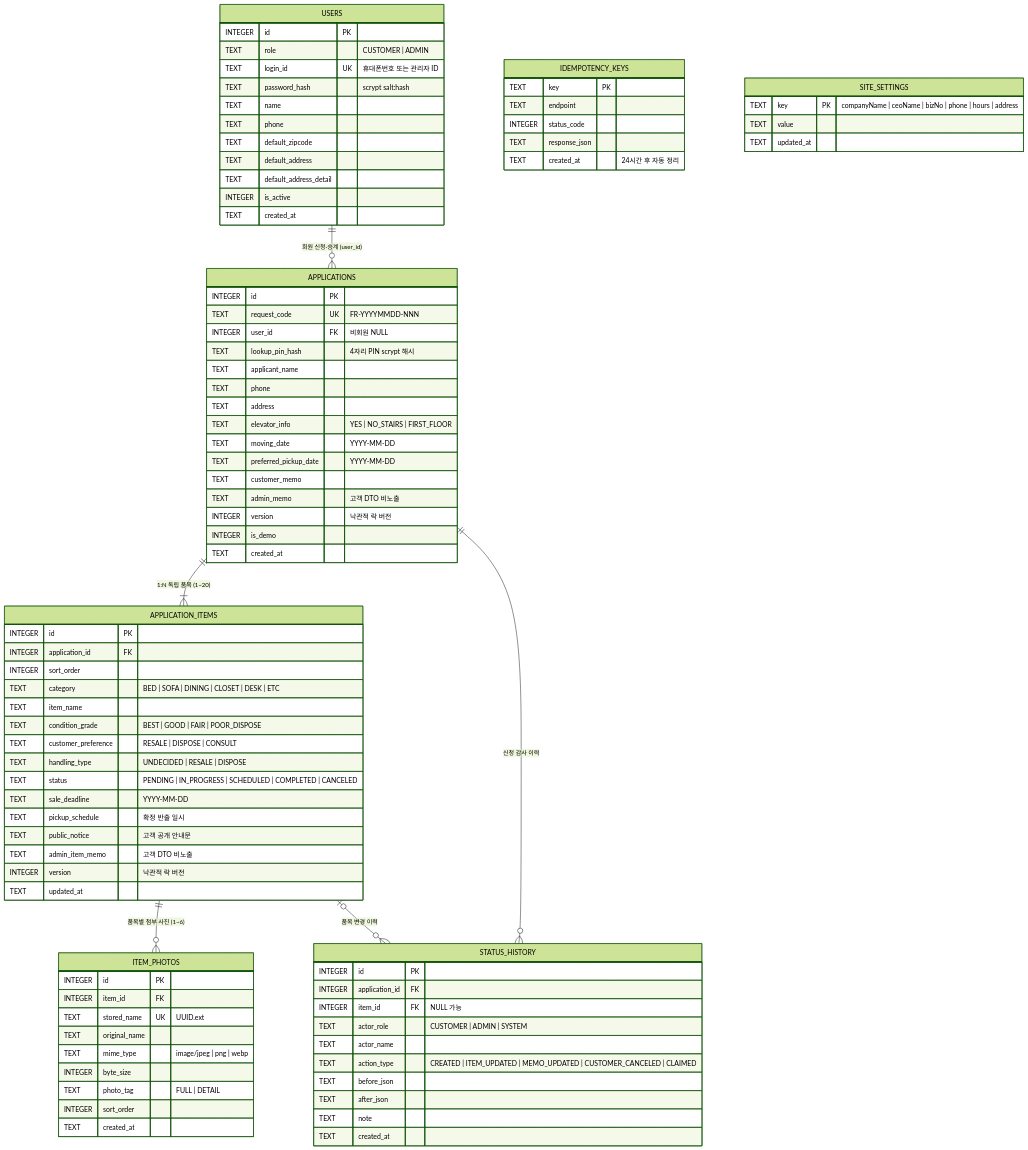
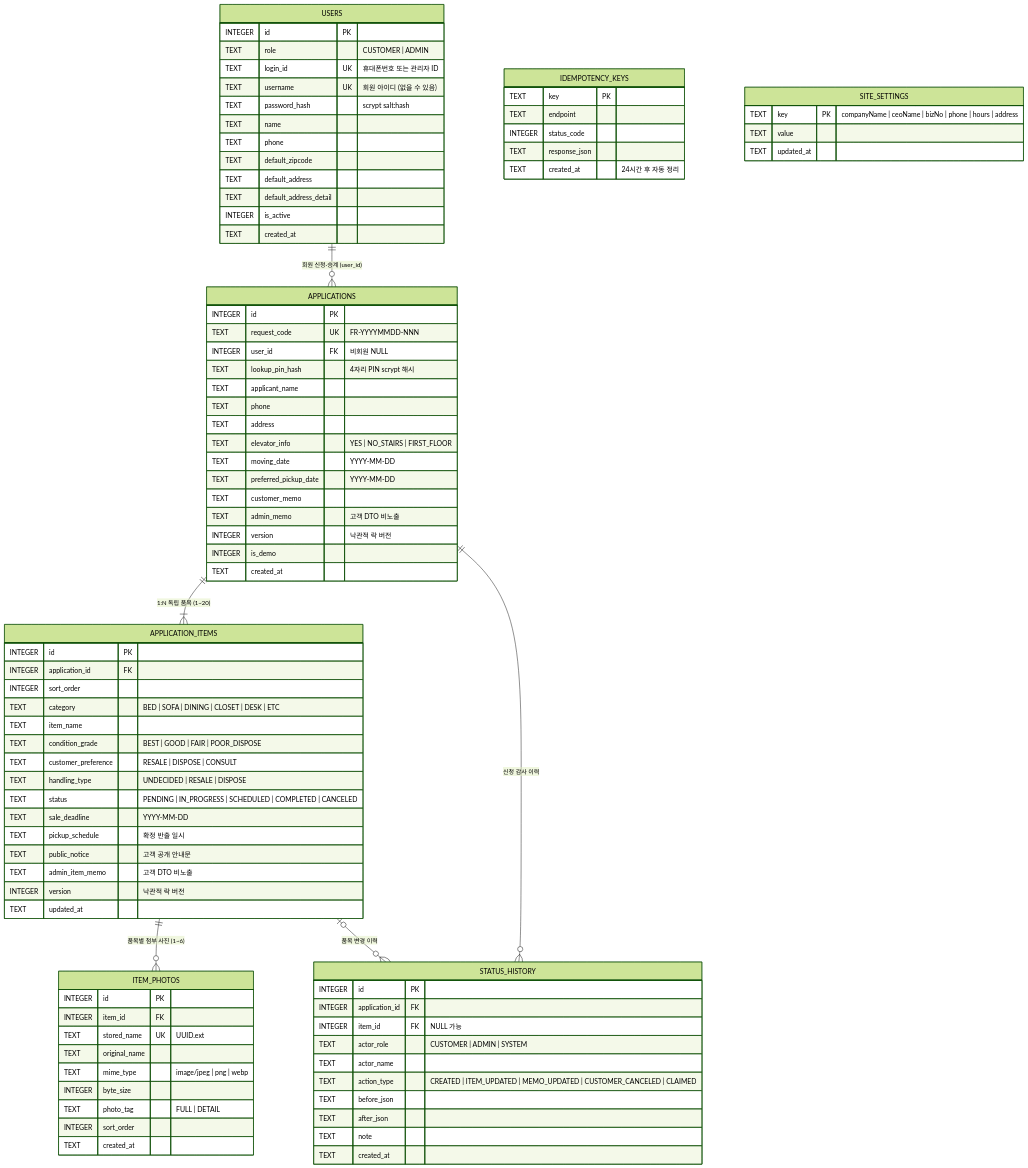
Before and after one commit to hy040504/gagudabang: the fourth of 4 diagrams in README.md, drawn with Mermaid (forest theme). The commit also changed other lines of this file and 3 other files, not shown here.

```diff
--- a/README.md
+++ b/README.md
@@ -177,6 +177,7 @@
         INTEGER id PK
         TEXT role "CUSTOMER | ADMIN"
         TEXT login_id UK "휴대폰번호 또는 관리자 ID"
+        TEXT username UK "회원 아이디 (없을 수 있음)"
         TEXT password_hash "scrypt salt:hash"
         TEXT name
         TEXT phone
```
